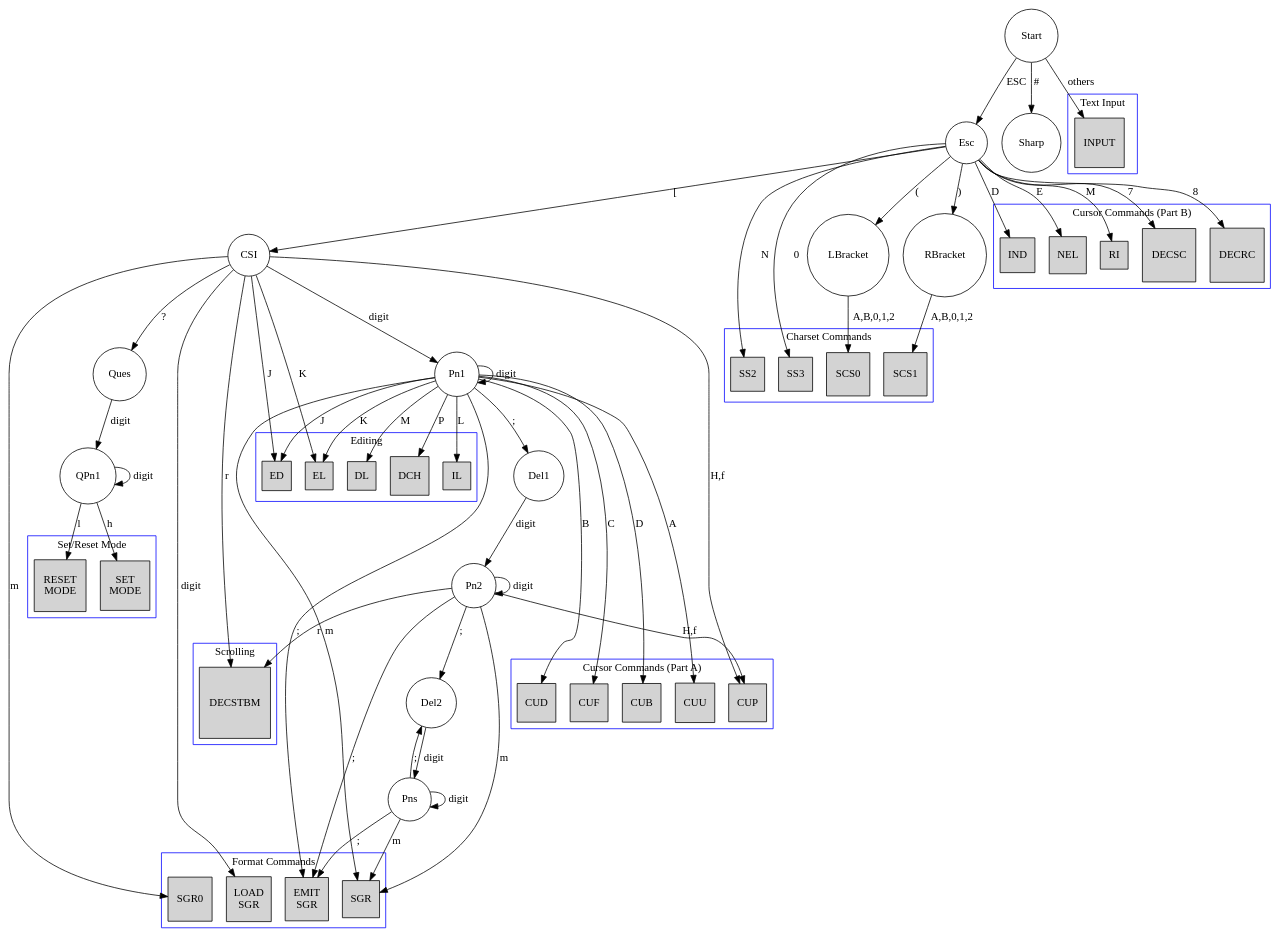
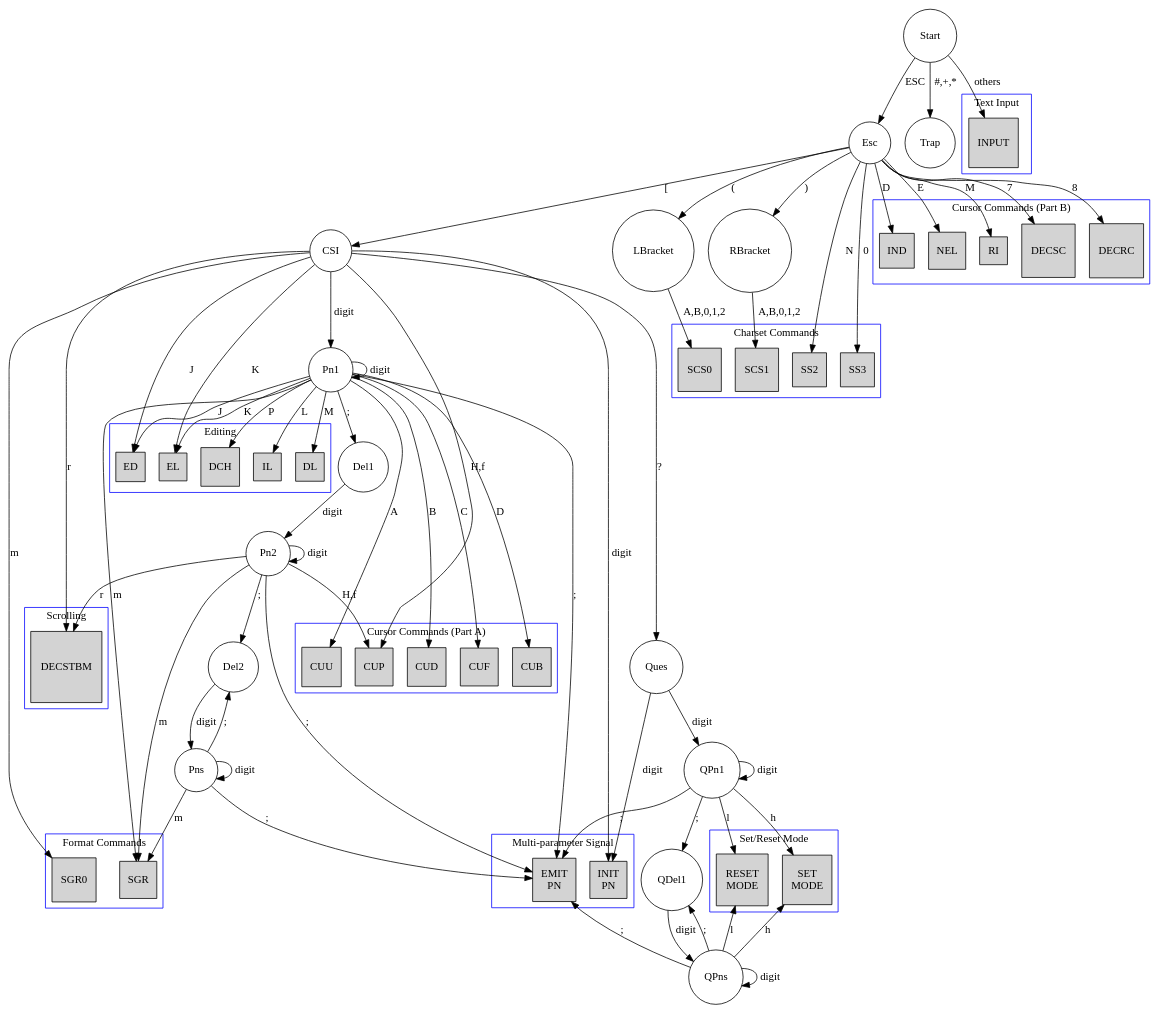
Before and after one commit to Harry-Chen/fpga-virtual-console: the diagram in doc/DFA.dot, drawn with Graphviz. The commit also changed 2 other files, not shown here.

Commit message:
Separate multi-param signal from CMDParser.

```diff
--- a/doc/DFA.dot
+++ b/doc/DFA.dot
@@ -2,6 +2,7 @@
 //	edge[fontname="FangSong"];  
 //	node[peripheries=2, fontname="FangSong"];  
 //	size="16, 16";  
+	rankdir=TB;
 	node[shape=circle];  
 
 	Start;
@@ -11,8 +12,8 @@
 	// ESC
 	Start->Esc[label=ESC];
 
-	// ESC #
-	Start->Sharp[label="#"];
+	// ESC #,*,+
+	Start->Trap[label="#,+,*"];
 
 	// ESC [
 	Esc->CSI[label="["];
@@ -45,9 +46,35 @@
 	// ESC [ ?
 	CSI->Ques[label="?"];
 
-	// ESC [? Pn
+	// ESC [ ? Pn
 	Ques->QPn1[label="digit"];
 	QPn1->QPn1[label="digit"];
+
+	// ESC [ ? Pn; Pns
+	QPn1->QDel1[label=";"];
+	QDel1->QPns[label="digit"];
+	QPns->QPns[label="digit"];
+	QPns->QDel1[label=";"];
+
+	/* Multi-parameter Signal */
+	subgraph cluster7 {
+		node[style=filled,shape=square];
+        color=blue;
+        label="Multi-parameter Signal";  
+		EMIT_PN[label="EMIT\nPN"];
+		INIT_PN[label="INIT\nPN"];
+	}
+
+	CSI->INIT_PN[label="digit"];
+	Pn1->EMIT_PN[label=";"];
+	Pn2->EMIT_PN[label=";"];
+	Pns->EMIT_PN[label=";"];
+
+	Ques->INIT_PN[label="digit"];
+	QPn1->EMIT_PN[label=";"];
+
+	// QPns->EMIT_PN
+	EMIT_PN->QPns[label=";", dir="back"];
 	
 	/* Format Commands */
 	subgraph cluster0 {
@@ -55,18 +82,25 @@
         color=blue;
         label="Format Commands";  
 		SGR; SGR0;
-		EMIT_SGR[label="EMIT\nSGR"];
-		LOAD_SGR[label="LOAD\nSGR"];
 	}
 
-	Pn1->EMIT_SGR[label=";"];
-	Pn2->EMIT_SGR[label=";"];
-	Pns->EMIT_SGR[label=";"];
 	Pn1->SGR[label="m"];
 	Pn2->SGR[label="m"];
 	Pns->SGR[label="m"];
 	CSI->SGR0[label="m"];
-	CSI->LOAD_SGR[label="digit"];
+
+	/* Charset Commands */
+	subgraph cluster3 {
+		node[style=filled,shape=square];
+        color=blue;
+        label="Charset Commands";  
+		SCS0; SCS1; SS2; SS3;
+	}
+
+	LBracket->SCS0[label="A,B,0,1,2"];
+	RBracket->SCS1[label="A,B,0,1,2"];
+	Esc->SS2[label=N];
+	Esc->SS3[label=0];
 
 	/* Cursor Movement Commands */
 	subgraph cluster1a {
@@ -128,19 +162,6 @@
 	Pn2->DECSTBM[label=r]; // Set top and bottom margins
 	CSI->DECSTBM[label=r];
 
-	/* Charset Commands */
-	subgraph cluster3 {
-		node[style=filled,shape=square];
-        color=blue;
-        label="Charset Commands";  
-		SCS0; SCS1; SS2; SS3;
-	}
-
-	LBracket->SCS0[label="A,B,0,1,2"];
-	RBracket->SCS1[label="A,B,0,1,2"];
-	Esc->SS2[label=N];
-	Esc->SS3[label=0];
-
 	/* Erasing */
 	subgraph cluster4 {
 		node[style=filled,shape=square];
@@ -177,6 +198,9 @@
 	QPn1->SETMODE[label=h]
 	QPn1->RESETMODE[label=l]
 
+	SETMODE->QPns[label=h,dir="back"];
+	RESETMODE->QPns[label=l,dir="back"];
+
 	subgraph cluster6 {
 		node[style=filled,shape=square];
         color=blue;
```
